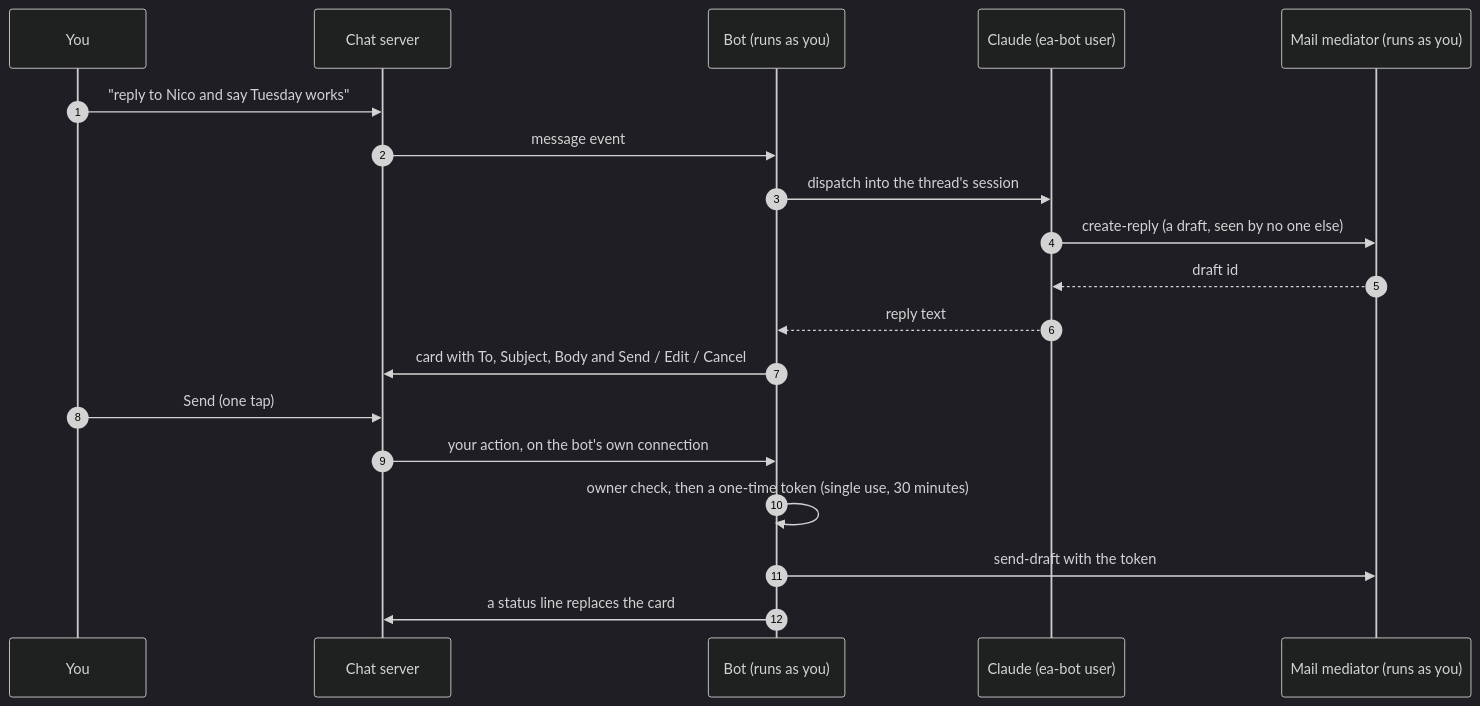
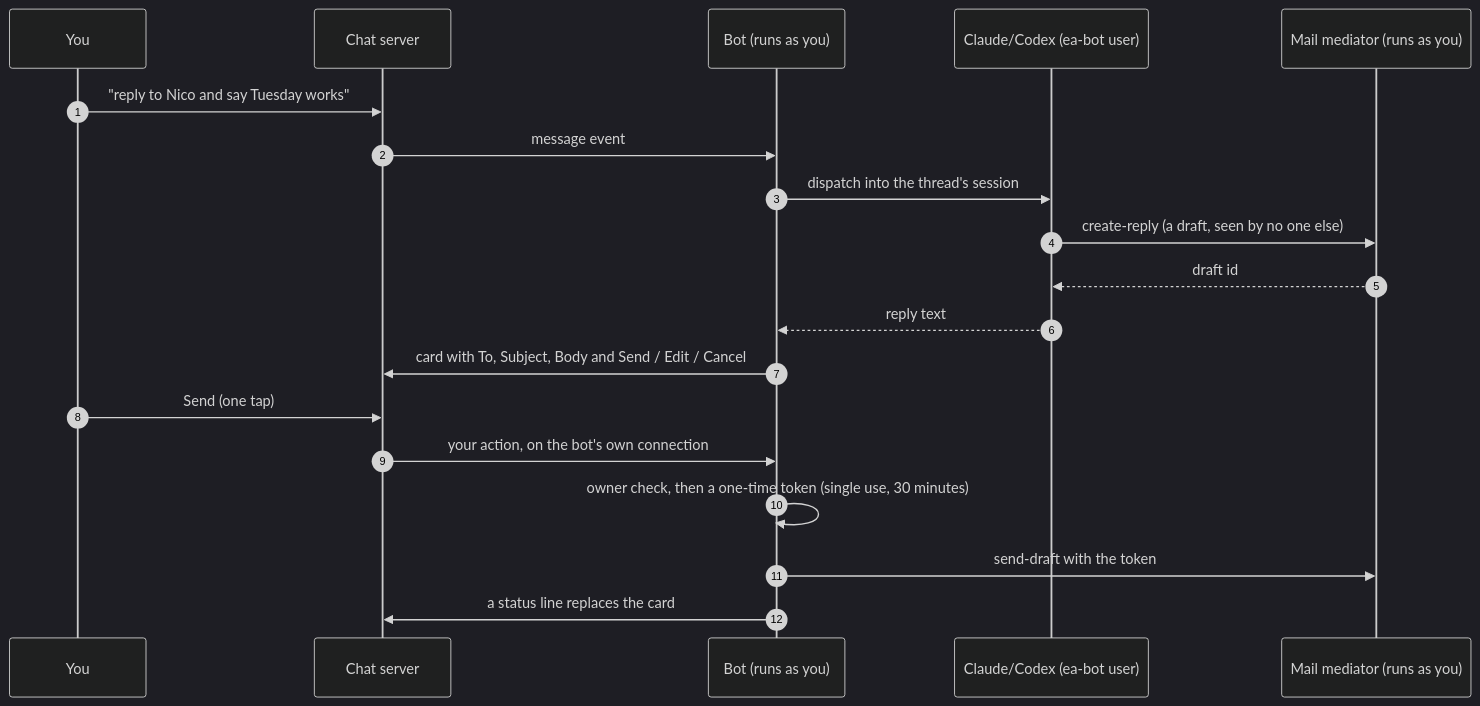
Before and after one commit to alecive/tacitus: the first of 2 diagrams in README.md, drawn with Mermaid (dark theme). The commit also changed other lines of this file, not shown here.

````diff
--- a/README.md
+++ b/README.md
@@ -86,21 +93,21 @@
 ```mermaid
 sequenceDiagram
     autonumber
     participant You
     participant Chat as Chat server
     participant Bot as Bot (runs as you)
-    participant LLM as Claude (ea-bot user)
+    participant LLM as Claude/Codex (ea-bot user)
     participant Mail as Mail mediator (runs as you)
     You->>Chat: "reply to Nico and say Tuesday works"
     Chat->>Bot: message event
     Bot->>LLM: dispatch into the thread's session
     LLM->>Mail: create-reply (a draft, seen by no one else)
     Mail-->>LLM: draft id
     LLM-->>Bot: reply text
     Bot->>Chat: card with To, Subject, Body and Send / Edit / Cancel
     You->>Chat: Send (one tap)
     Chat->>Bot: your action, on the bot's own connection
     Bot->>Bot: owner check, then a one-time token (single use, 30 minutes)
     Bot->>Mail: send-draft with the token
     Bot->>Chat: a status line replaces the card
 ```
````
